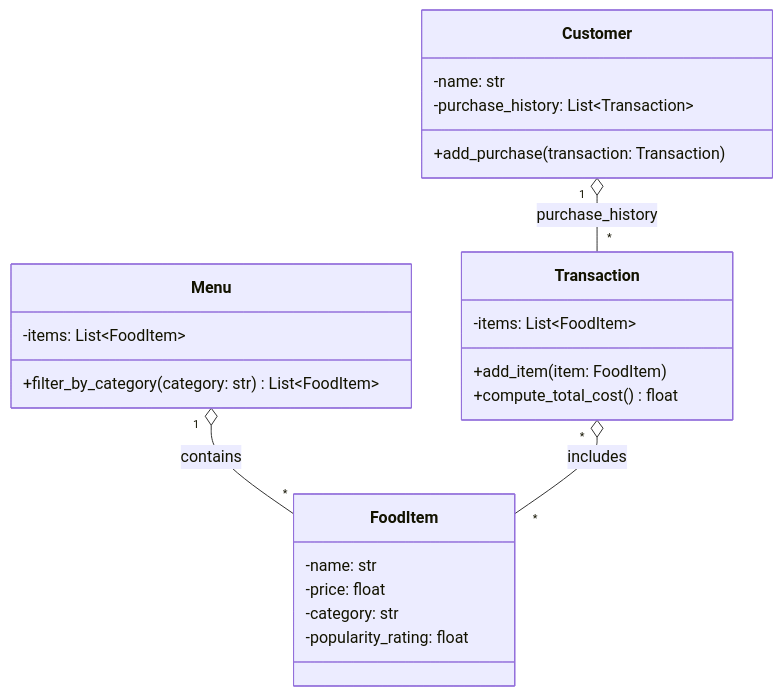
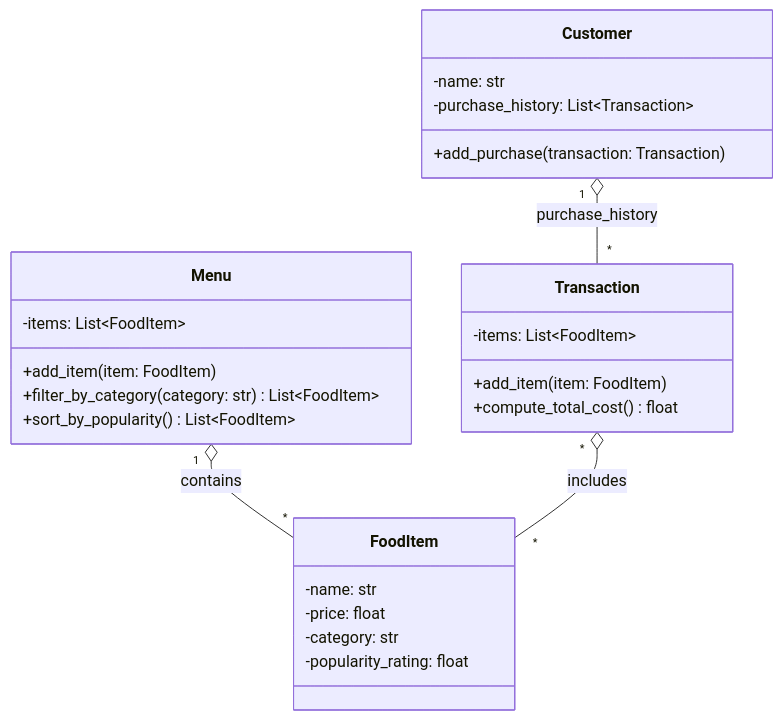
One commit to sedo-swe-22/bytebites_tinker_activity changed the diagram in bytebites_design.mmd. Above: the diagram before and after it, drawn with Mermaid. The commit also changed 1 other file, not shown here.

```diff
--- a/bytebites_design.mmd
+++ b/bytebites_design.mmd
@@ -1,28 +1,30 @@
 classDiagram
     class Customer {
         -name: str
         -purchase_history: List~Transaction~
         +add_purchase(transaction: Transaction)
     }
 
     class FoodItem {
         -name: str
         -price: float
         -category: str
         -popularity_rating: float
     }
 
     class Menu {
         -items: List~FoodItem~
+        +add_item(item: FoodItem)
         +filter_by_category(category: str) List~FoodItem~
+        +sort_by_popularity() List~FoodItem~
     }
 
     class Transaction {
         -items: List~FoodItem~
         +add_item(item: FoodItem)
         +compute_total_cost() float
     }
 
     Menu "1" o-- "*" FoodItem : contains
     Transaction "*" o-- "*" FoodItem : includes
     Customer "1" o-- "*" Transaction : purchase_history
```
